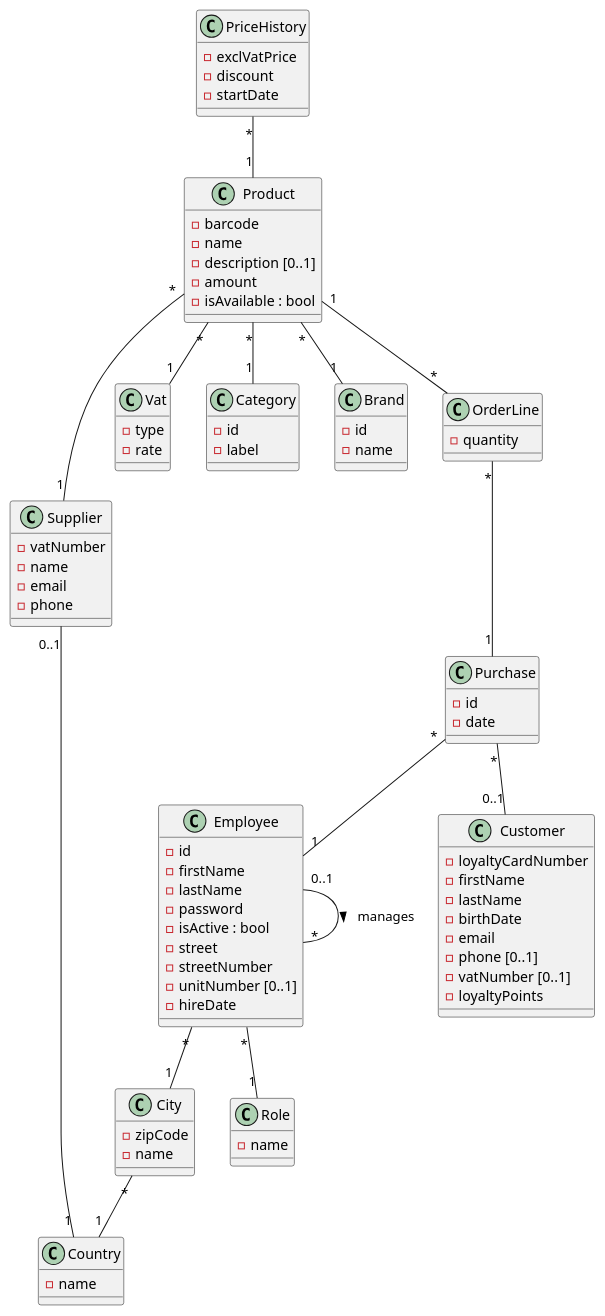
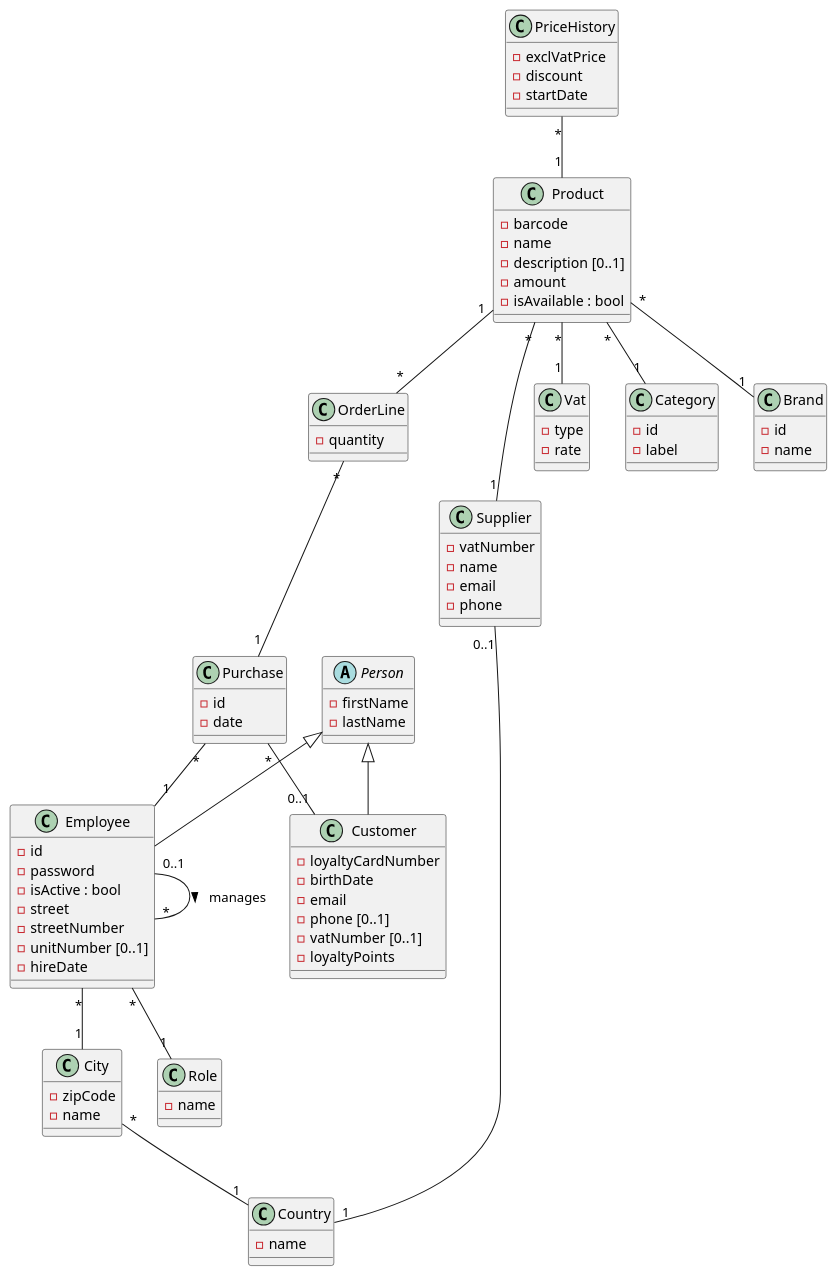
One commit to maxoux53/petit-bazar changed the diagram in docs/uml_diagrams/class.puml. Above: the diagram before and after it, drawn with PlantUML.

Commit message:
add 'person' class
as abstract

```diff
--- a/docs/uml_diagrams/class.puml
+++ b/docs/uml_diagrams/class.puml
@@ -1,101 +1,102 @@
 @startuml Store
 
 ' Classes
-class Employee {
+class Employee extends Person {
     -id
-    -firstName
-    -lastName
     -password
     -isActive : bool
     -street
     -streetNumber
     -unitNumber [0..1]
     -hireDate
 }
 
 class City {
     -zipCode
     -name
 }
 
 class Country {
     -name
 }
 
 class Role {
     -name
 }
 
 class Supplier {
     -vatNumber
     -name
     -email
     -phone
 }
 
 class Product {
     -barcode
     -name
     -description [0..1]
     -amount
     -isAvailable : bool
 }
 
 class PriceHistory {
     -exclVatPrice
     -discount
     -startDate
 }
 
 class Vat {
     -type
     -rate
 }
 
 class Category {
     -id
     -label
 }
 
 class Brand {
     -id
     -name
 }
 
 class OrderLine {
     -quantity
 }
 
 class Purchase {
     -id
     -date
 }
 
-class Customer {
+class Customer extends Person {
     -loyaltyCardNumber
-    -firstName
-    -lastName
     -birthDate
     -email
     -phone [0..1]
     -vatNumber [0..1]
     -loyaltyPoints
+}
+
+abstract class Person {
+    -firstName
+    -lastName
 }
 
 ' Relationships
 Employee "0..1" -- "*" Employee : manages >
 Employee "*" -- "1" Role
 Employee "*" -- "1" City
 City "*" -- "1" Country
 Supplier "0..1" -- "1" Country
 Product "*" -- "1" Supplier
 PriceHistory "*" -- "1" Product
 Product "*" -- "1" Vat
 Product "*" -- "1" Category
 Product "*" -- "1" Brand
 Product "1" -- "*" OrderLine
 OrderLine "*" -- "1" Purchase
 Purchase "*" -- "0..1" Customer
 Purchase "*" -- "1" Employee
 
 @enduml
```
